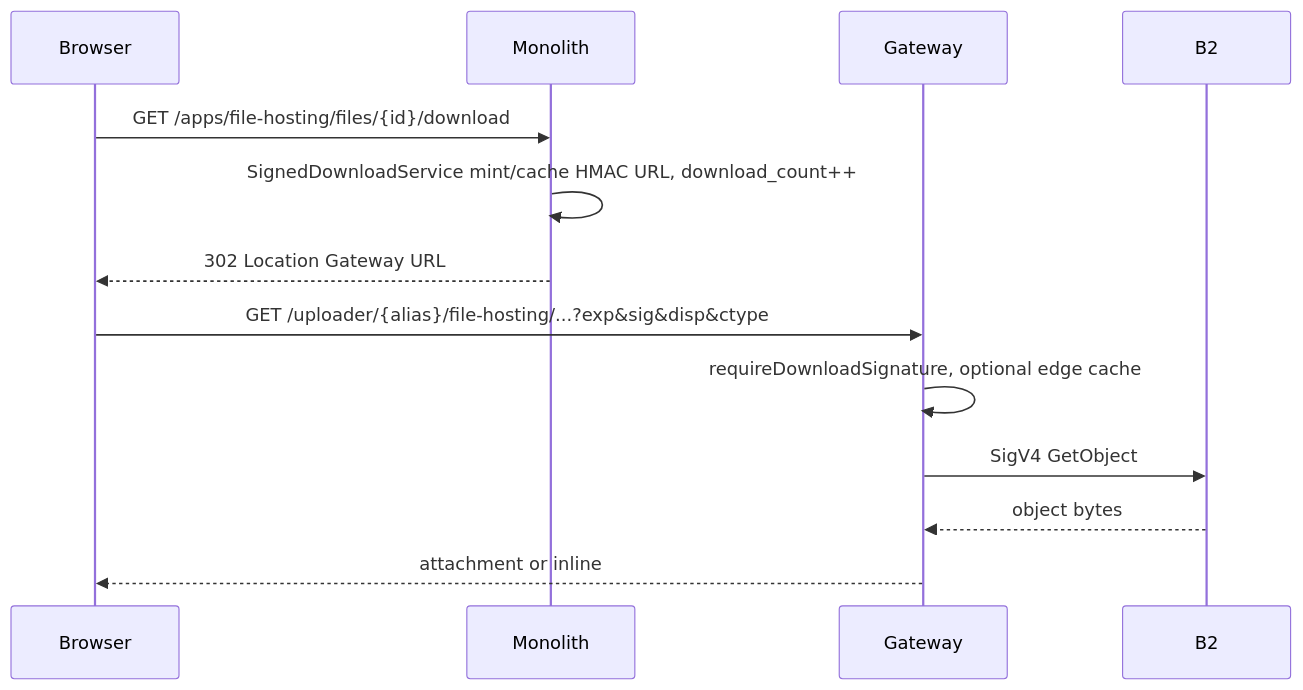
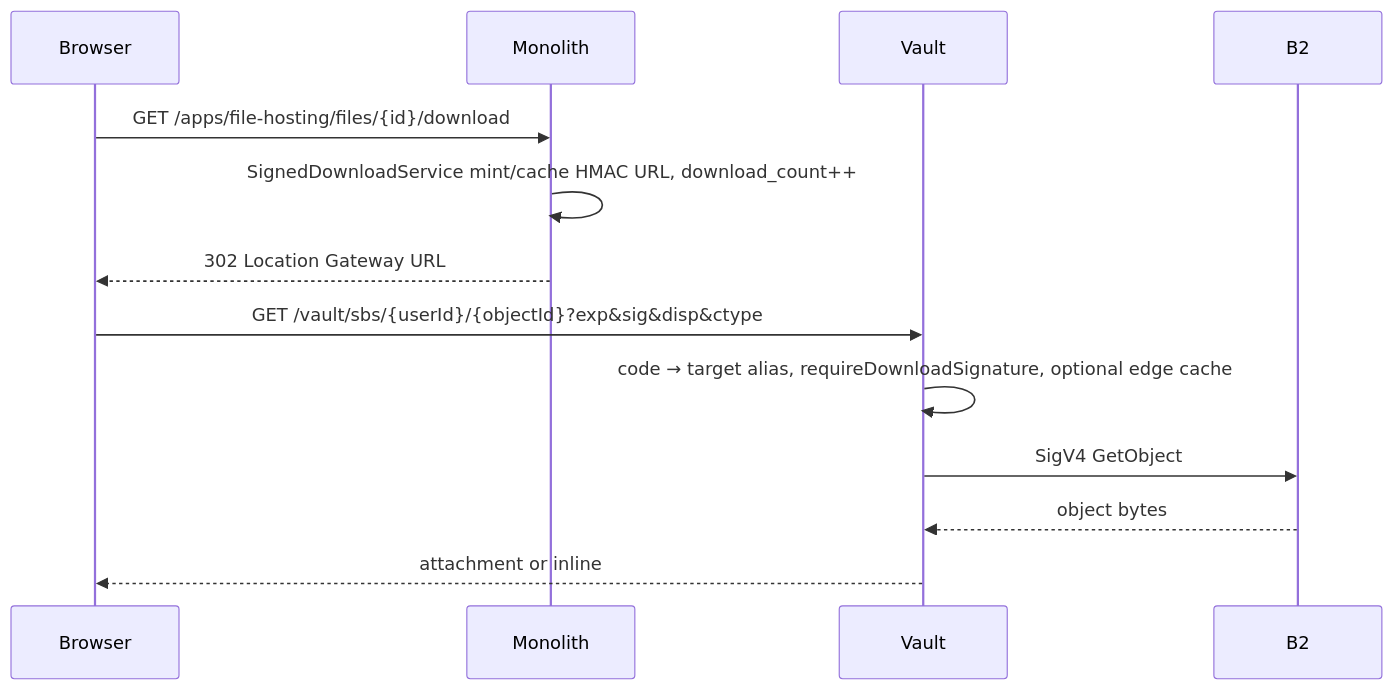
One commit to silverspoonmedia/cored-backend changed the diagram in docs/domains/file-hosting/README.md. Above: the diagram before and after it, drawn with Mermaid. The commit also changed other lines of this file and 5 other files, not shown here.

Commit message:
sbs download via vault

````diff
--- a/docs/domains/file-hosting/README.md
+++ b/docs/domains/file-hosting/README.md
@@ -349,15 +356,15 @@
 ```mermaid
 sequenceDiagram
   participant Browser
   participant Monolith
-  participant Gateway
+  participant Vault
   participant B2
   Browser->>Monolith: GET /apps/file-hosting/files/{id}/download
   Monolith->>Monolith: SignedDownloadService mint/cache HMAC URL, download_count++
   Monolith-->>Browser: 302 Location Gateway URL
-  Browser->>Gateway: GET /uploader/{alias}/file-hosting/...?exp&sig&disp&ctype
-  Gateway->>Gateway: requireDownloadSignature, optional edge cache
-  Gateway->>B2: SigV4 GetObject
-  B2-->>Gateway: object bytes
-  Gateway-->>Browser: attachment or inline
+  Browser->>Vault: GET /vault/sbs/{userId}/{objectId}?exp&sig&disp&ctype
+  Vault->>Vault: code → target alias, requireDownloadSignature, optional edge cache
+  Vault->>B2: SigV4 GetObject
+  B2-->>Vault: object bytes
+  Vault-->>Browser: attachment or inline
 ```
````
